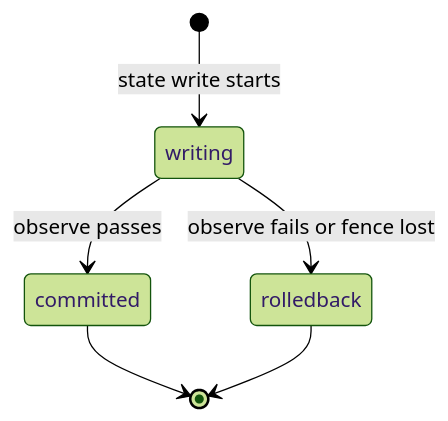
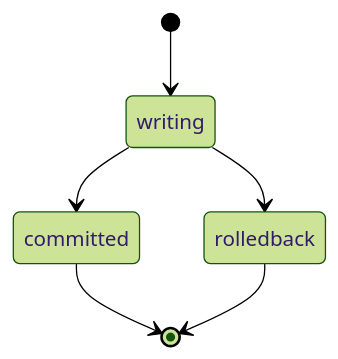
The fourth of 4 diagrams in openspec/changes/write-state-version-unit-state-1/design.md (OpenDustpan/OpenDustpan), drawn with Mermaid (forest theme) before and after one commit. The commit also changed other lines of this file and 14 other files, not shown here.

````diff
--- a/openspec/changes/write-state-version-unit-state-1/design.md
+++ b/openspec/changes/write-state-version-unit-state-1/design.md
@@ -40,8 +56,8 @@
 ```mermaid
 stateDiagram-v2
-[*] --> writing: state write starts
-writing --> committed: observe passes
-writing --> rolledback: observe fails or fence lost
+[*] --> writing
+writing --> committed
+writing --> rolledback
 committed --> [*]
 rolledback --> [*]
 ```
````
